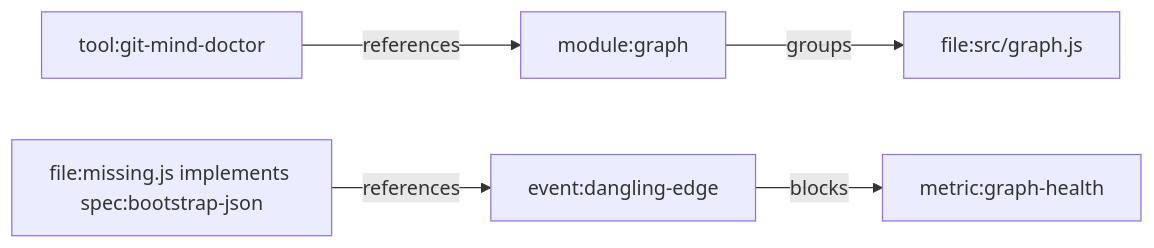
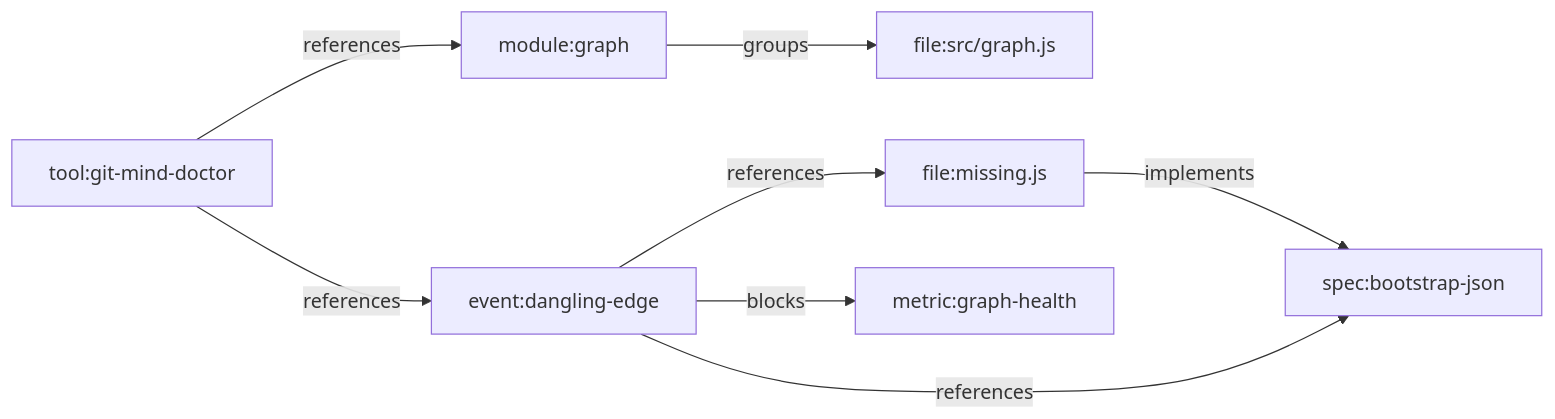
One commit to flyingrobots/git-mind changed the diagram in docs/design/feature-profiles/doctor-integrity.md. Above: the diagram before and after it, drawn with Mermaid. The commit also changed 9 other files, not shown here.

Commit message:
docs: address graph model review findings (#322)

````diff
--- a/docs/design/feature-profiles/doctor-integrity.md
+++ b/docs/design/feature-profiles/doctor-integrity.md
@@ -61,7 +61,10 @@
 ```mermaid
 flowchart LR
     Doctor["tool:git-mind-doctor"] -->|references| Graph["module:graph"]
     Graph -->|groups| File["file:src/graph.js"]
-    Edge["file:missing.js implements spec:bootstrap-json"] -->|references| Problem["event:dangling-edge"]
+    Missing["file:missing.js"] -->|implements| Spec["spec:bootstrap-json"]
+    Problem["event:dangling-edge"] -->|references| Missing
+    Problem -->|references| Spec
+    Doctor -->|references| Problem
     Problem -->|blocks| Healthy["metric:graph-health"]
 ```
````
